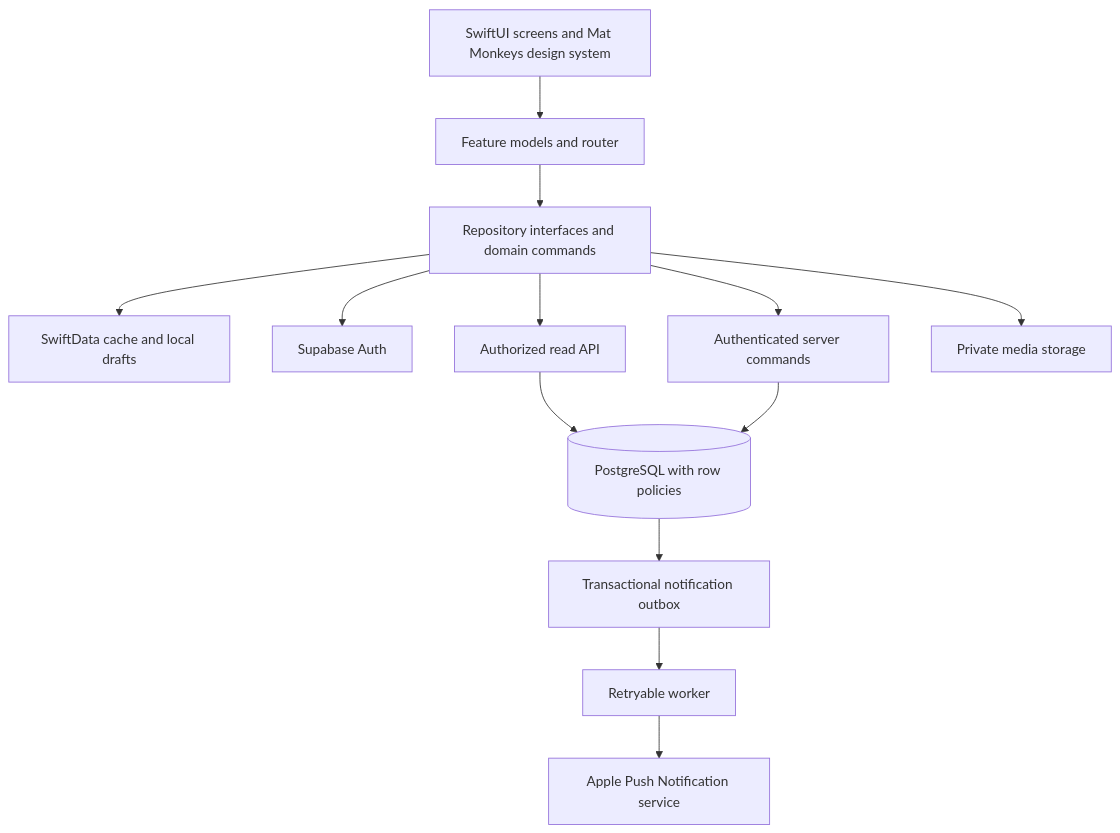
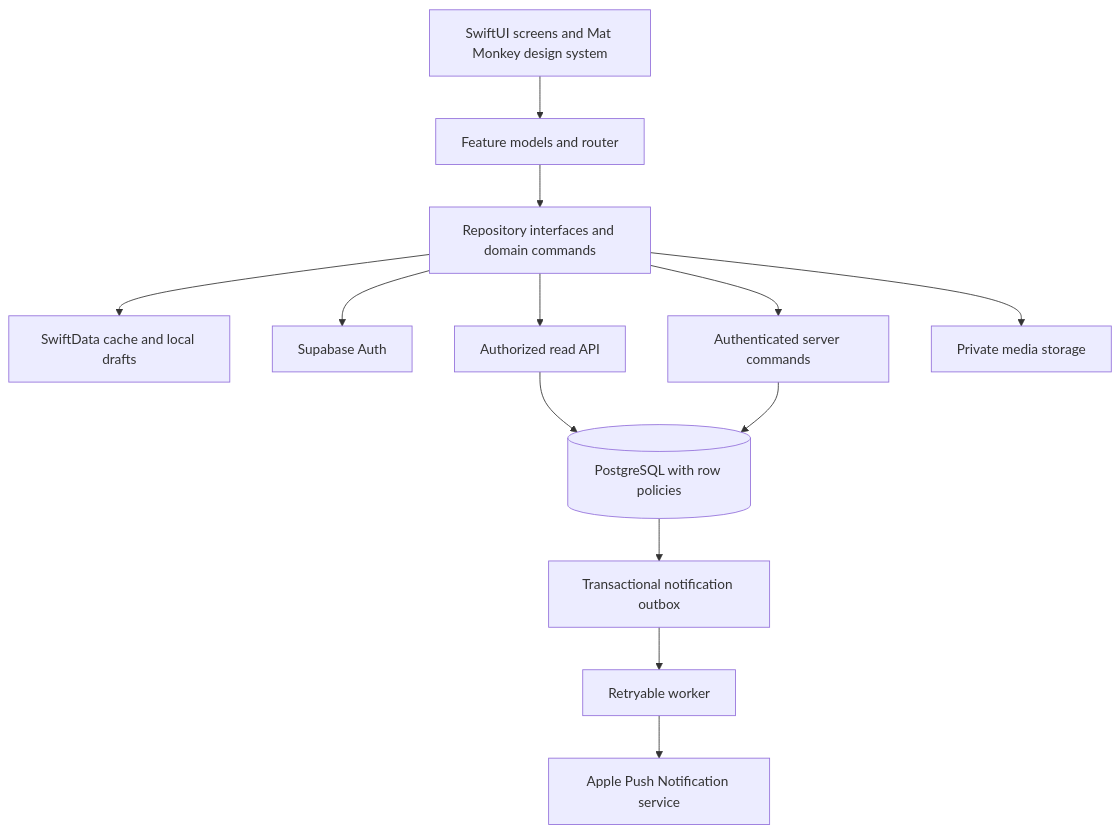
One commit to tienmai56/Calculated-Reps changed the diagram in docs/mat-mind-v2-architecture-plan.md. Above: the diagram before and after it, drawn with Mermaid. The commit also changed other lines of this file and 64 other files, not shown here.

First line of the commit message:
Rename app from Mat Monkeys to Mat Monkey

````diff
--- a/docs/mat-mind-v2-architecture-plan.md
+++ b/docs/mat-mind-v2-architecture-plan.md
@@ -31,15 +31,15 @@
 ```mermaid
 flowchart TD
-    UI[SwiftUI screens and Mat Monkeys design system] --> State[Feature models and router]
+    UI[SwiftUI screens and Mat Monkey design system] --> State[Feature models and router]
     State --> Repos[Repository interfaces and domain commands]
     Repos --> Local[SwiftData cache and local drafts]
     Repos --> Auth[Supabase Auth]
     Repos --> Reads[Authorized read API]
     Repos --> Commands[Authenticated server commands]
     Reads --> DB[(PostgreSQL with row policies)]
     Commands --> DB
     Repos --> Media[Private media storage]
     DB --> Outbox[Transactional notification outbox]
     Outbox --> Worker[Retryable worker]
     Worker --> APNs[Apple Push Notification service]
 ```
````
